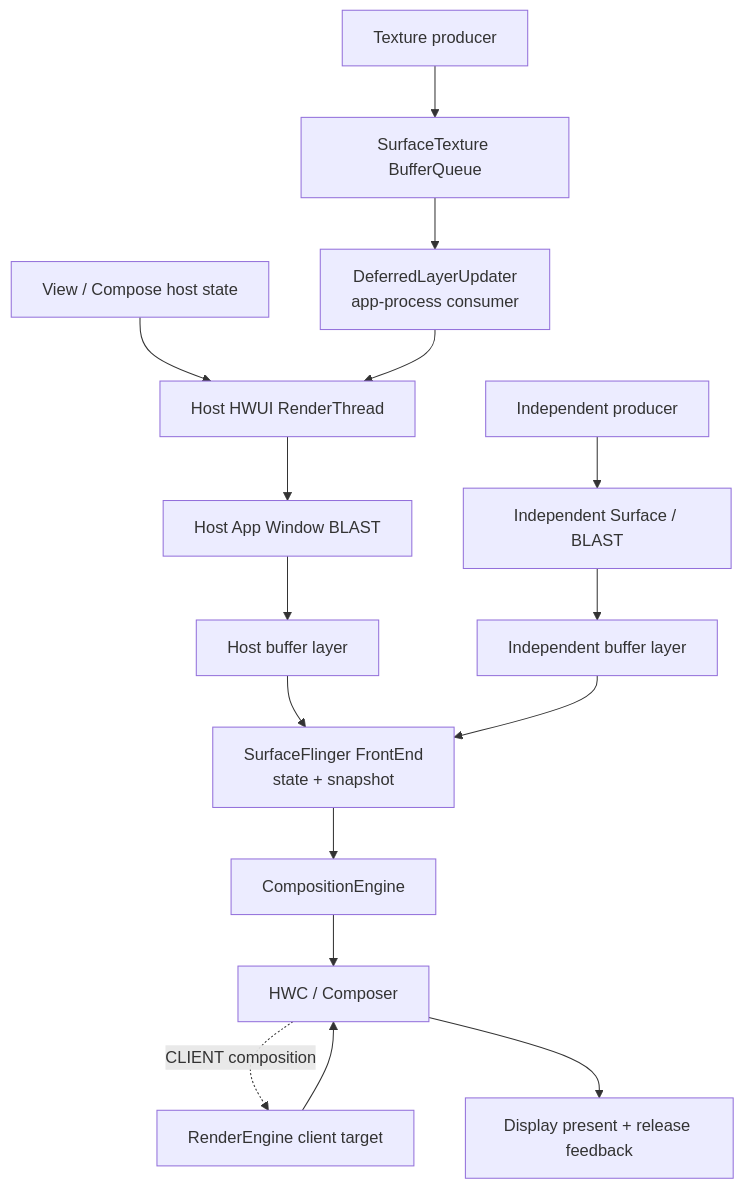
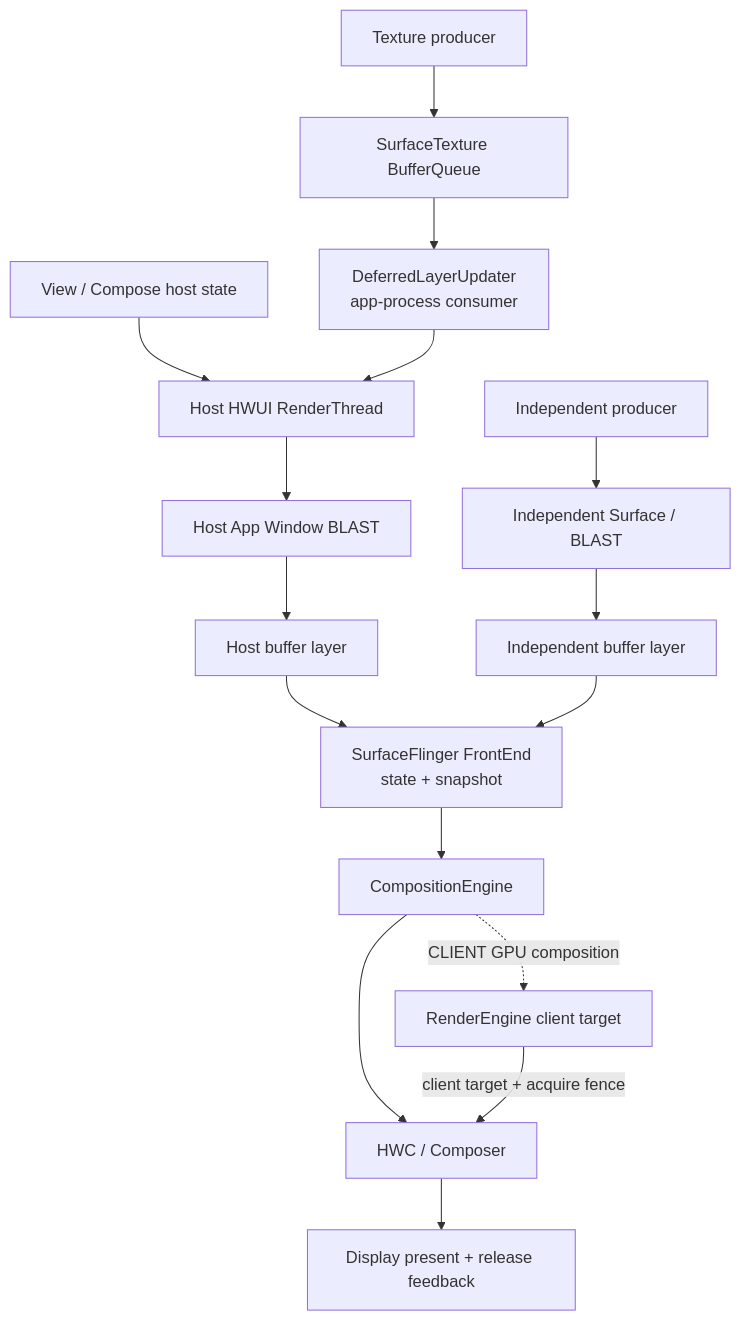
Before and after one commit to Gracker/android-internals-wiki: the third of 4 diagrams in src/part2-performance/ch13-rendering-pipelines/02-android-software-offscreen-mixed-rendering.md, drawn with Mermaid. The commit also changed other lines of this file and 196 other files, not shown here.

````diff
--- a/src/part2-performance/ch13-rendering-pipelines/02-android-software-offscreen-mixed-rendering.md
+++ b/src/part2-performance/ch13-rendering-pipelines/02-android-software-offscreen-mixed-rendering.md
@@ -661,22 +666,22 @@
 ```mermaid
 flowchart TD
     HostState["View / Compose host state"] --> HostRT["Host HWUI RenderThread"]
 
     TextureProducer["Texture producer"] --> ST["SurfaceTexture BufferQueue"]
     ST --> DLU["DeferredLayerUpdater<br/>app-process consumer"]
     DLU --> HostRT
 
     HostRT --> HostBLAST["Host App Window BLAST"]
     HostBLAST --> HostLayer["Host buffer layer"]
 
     IndependentProducer["Independent producer"] --> IndependentQueue["Independent Surface / BLAST"]
     IndependentQueue --> IndependentLayer["Independent buffer layer"]
 
     HostLayer --> FE["SurfaceFlinger FrontEnd<br/>state + snapshot"]
     IndependentLayer --> FE
     FE --> CE["CompositionEngine"]
     CE --> HWC["HWC / Composer"]
-    HWC -. "CLIENT composition" .-> RE["RenderEngine client target"]
-    RE --> HWC
+    CE -. "CLIENT GPU composition" .-> RE["RenderEngine client target"]
+    RE -->|"client target + acquire fence"| HWC
     HWC --> Display["Display present + release feedback"]
 ```
````
